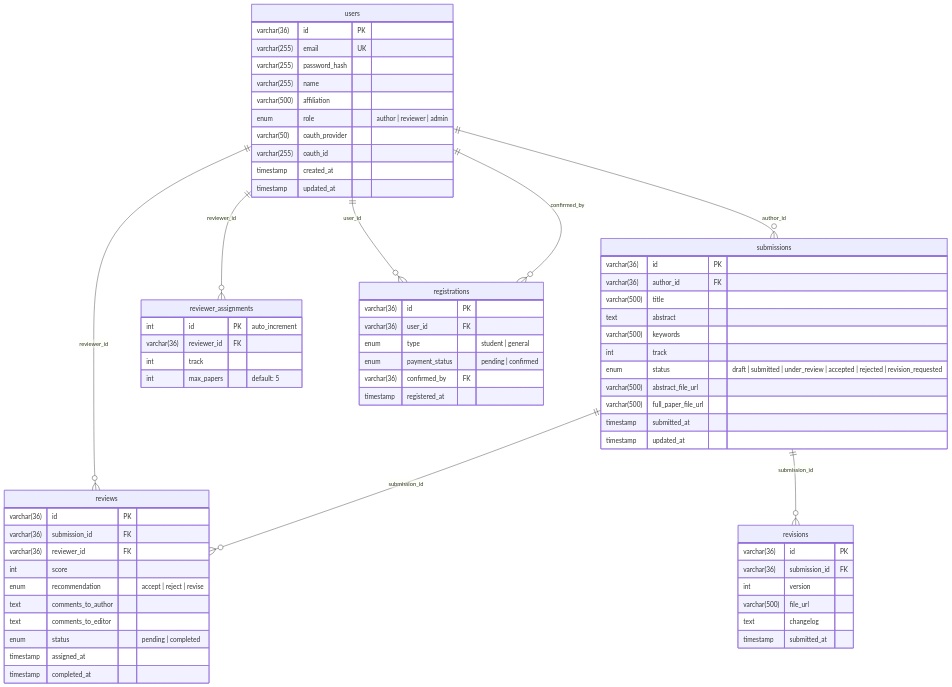
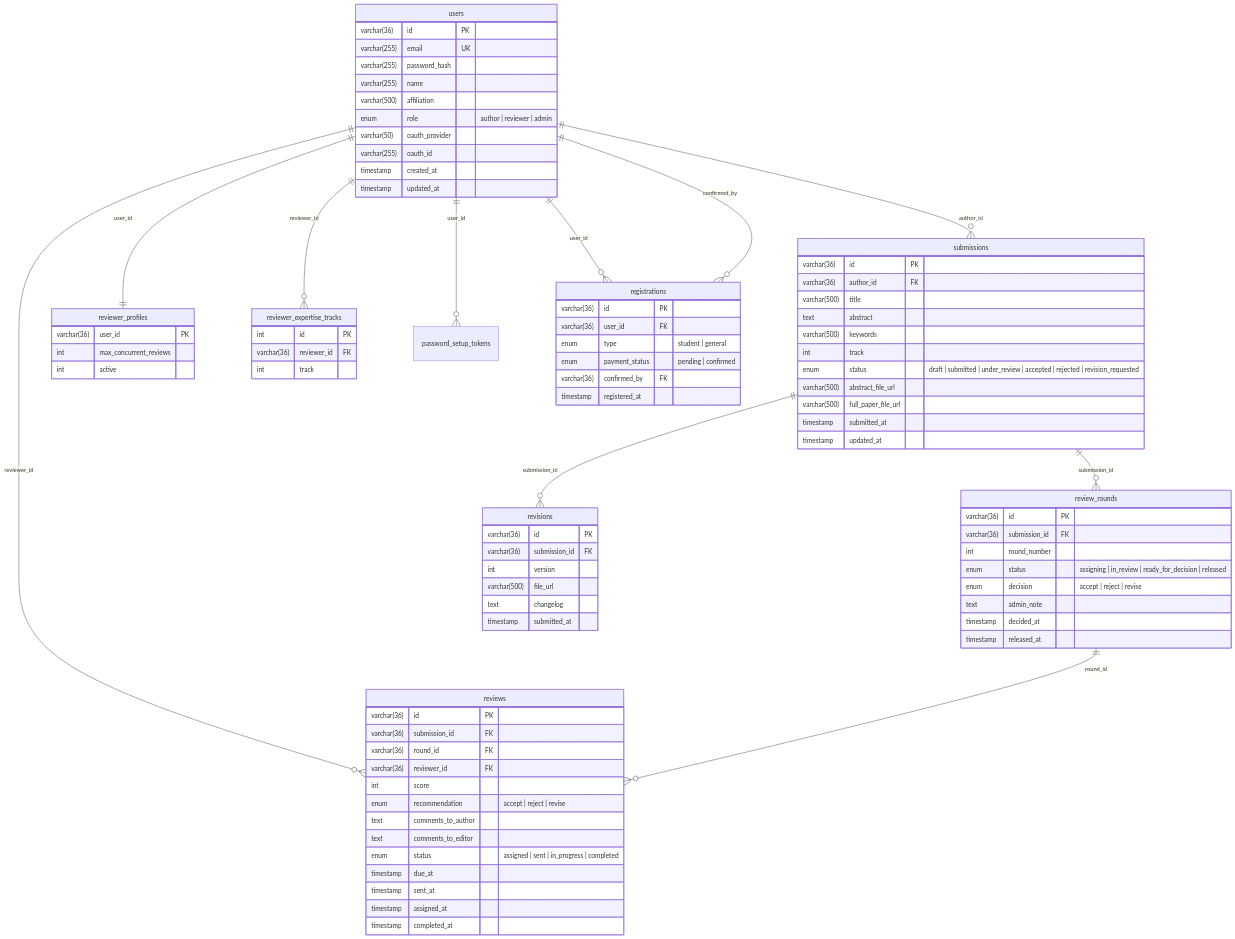
One commit to arnonr/envicon2026 changed the diagram in docs/database-schema.md. Above: the diagram before and after it, drawn with Mermaid. The commit also changed other lines of this file and 30 other files, not shown here.

```diff
--- a/docs/database-schema.md
+++ b/docs/database-schema.md
@@ -6,10 +6,13 @@
 erDiagram
     users ||--o{ submissions : "author_id"
     users ||--o{ reviews : "reviewer_id"
-    users ||--o{ reviewer_assignments : "reviewer_id"
+    users ||--|| reviewer_profiles : "user_id"
+    users ||--o{ reviewer_expertise_tracks : "reviewer_id"
+    users ||--o{ password_setup_tokens : "user_id"
     users ||--o{ registrations : "user_id"
     users ||--o{ registrations : "confirmed_by"
-    submissions ||--o{ reviews : "submission_id"
+    submissions ||--o{ review_rounds : "submission_id"
+    review_rounds ||--o{ reviews : "round_id"
     submissions ||--o{ revisions : "submission_id"
 
     users {
@@ -42,21 +45,40 @@
     reviews {
         varchar(36) id PK
         varchar(36) submission_id FK
+        varchar(36) round_id FK
         varchar(36) reviewer_id FK
         int score
         enum recommendation "accept | reject | revise"
         text comments_to_author
         text comments_to_editor
-        enum status "pending | completed"
+        enum status "assigned | sent | in_progress | completed"
+        timestamp due_at
+        timestamp sent_at
         timestamp assigned_at
         timestamp completed_at
     }
 
-    reviewer_assignments {
-        int id PK "auto_increment"
+    review_rounds {
+        varchar(36) id PK
+        varchar(36) submission_id FK
+        int round_number
+        enum status "assigning | in_review | ready_for_decision | released"
+        enum decision "accept | reject | revise"
+        text admin_note
+        timestamp decided_at
+        timestamp released_at
+    }
+
+    reviewer_profiles {
+        varchar(36) user_id PK
+        int max_concurrent_reviews
+        int active
+    }
+
+    reviewer_expertise_tracks {
+        int id PK
         varchar(36) reviewer_id FK
         int track
-        int max_papers "default: 5"
     }
 
     registrations {
```
